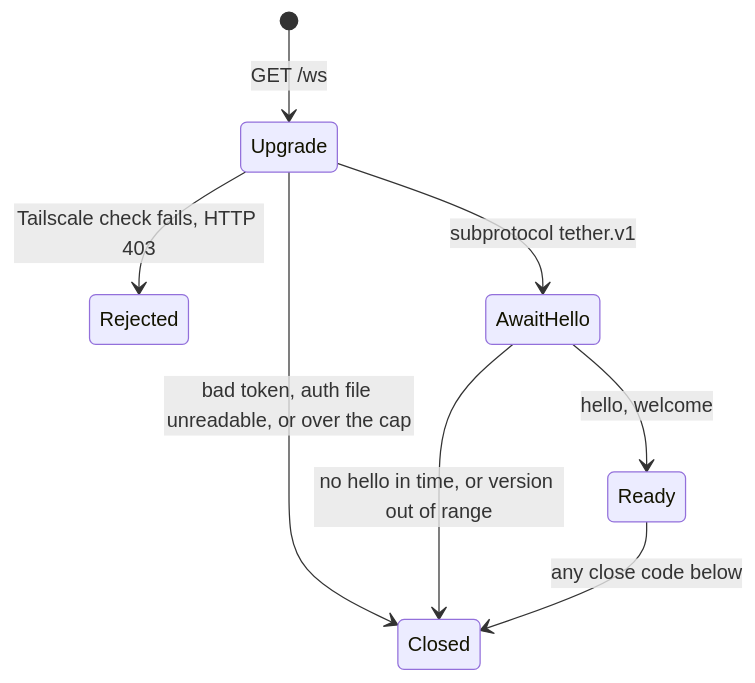
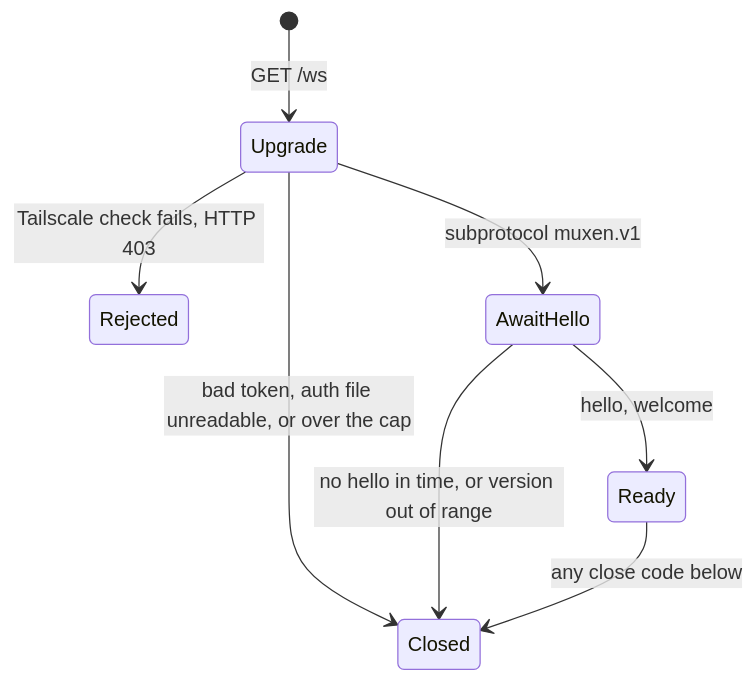
The fourth of 4 diagrams in docs/design/daemon-core.md (haowjy/muxen), drawn with Mermaid before and after one commit. The commit also changed other lines of this file and 353 other files, not shown here.

First line of the commit message:
Rename tether to muxen

````diff
--- a/docs/design/daemon-core.md
+++ b/docs/design/daemon-core.md
@@ -1658,10 +1658,10 @@
 ```mermaid
 stateDiagram-v2
   [*] --> Upgrade: GET /ws
   Upgrade --> Rejected: Tailscale check fails, HTTP 403
   Upgrade --> Closed: bad token, auth file unreadable, or over the cap
-  Upgrade --> AwaitHello: subprotocol tether.v1
+  Upgrade --> AwaitHello: subprotocol muxen.v1
   AwaitHello --> Closed: no hello in time, or version out of range
   AwaitHello --> Ready: hello, welcome
   Ready --> Closed: any close code below
 ```
````
